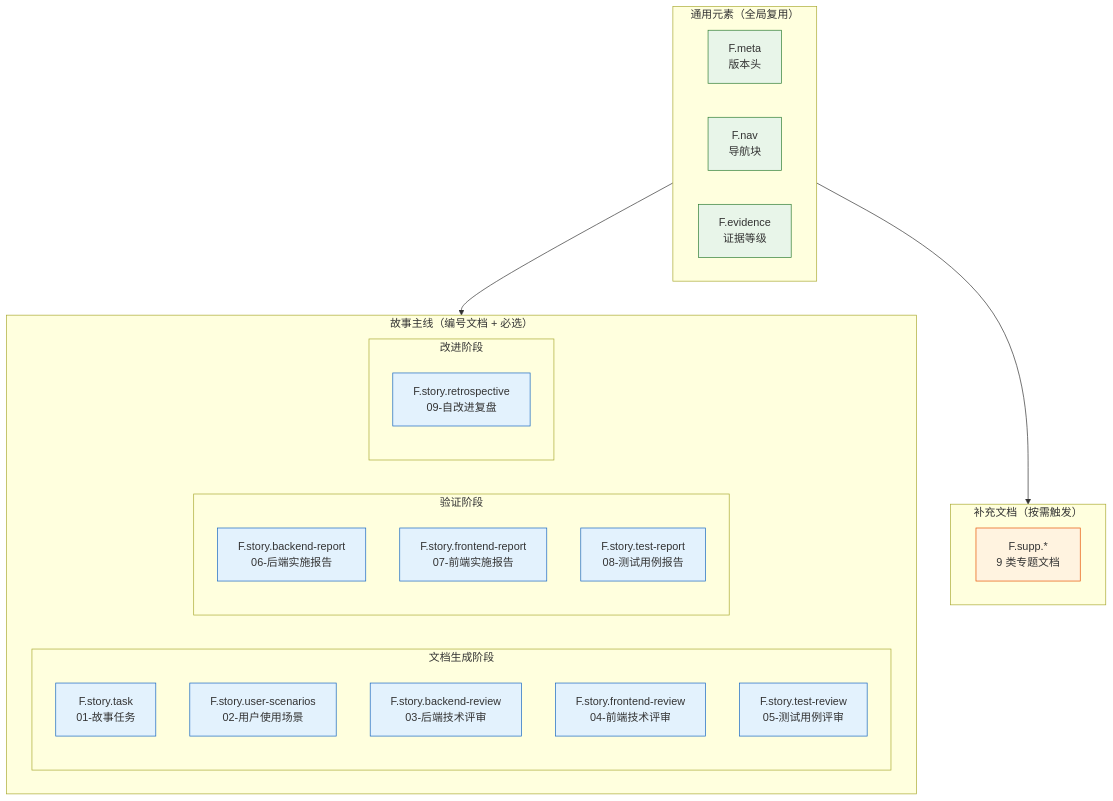
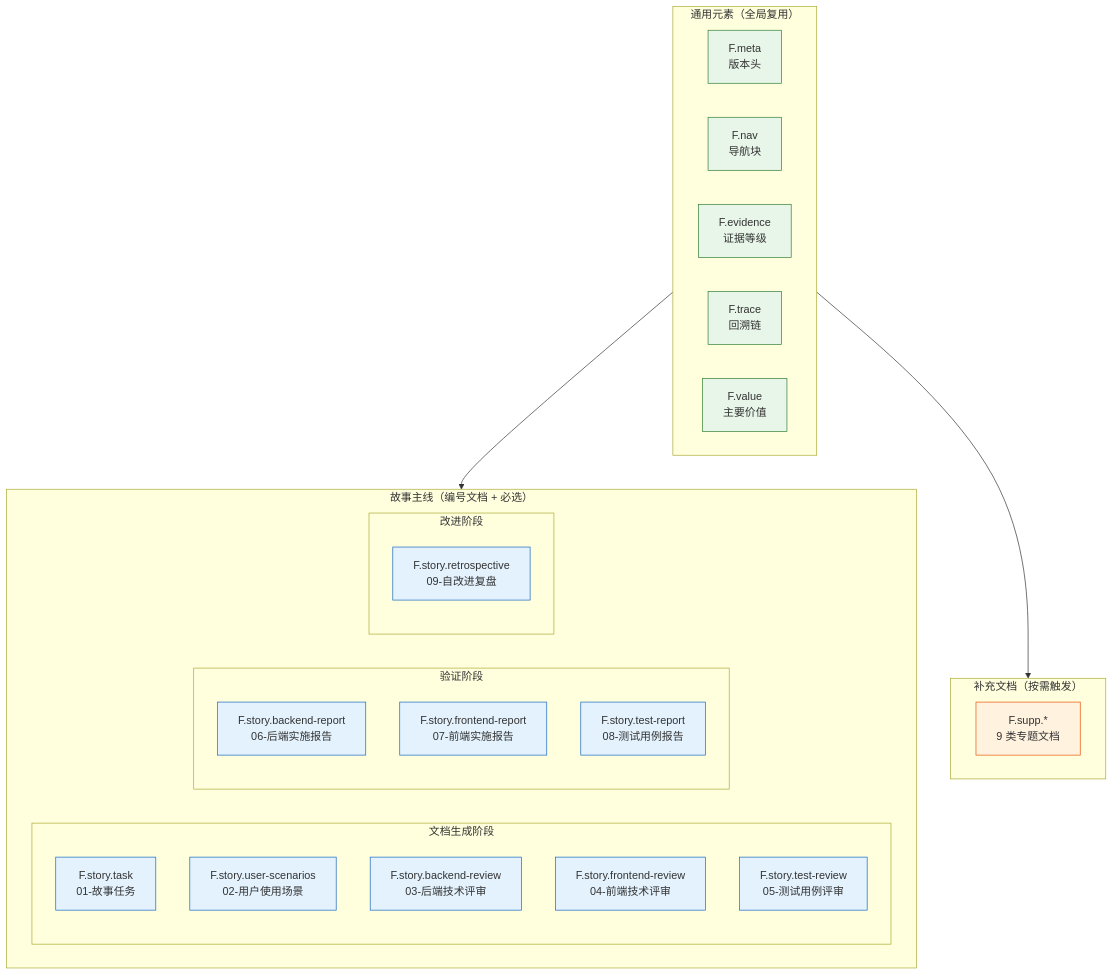
The first of 14 diagrams in skills/rui/formulas.md (effiy/YrY), drawn with Mermaid before and after one commit. The commit also changed other lines of this file and 2 other files, not shown here.

````diff
--- a/skills/rui/formulas.md
+++ b/skills/rui/formulas.md
@@ -5,40 +5,42 @@
 ```mermaid
 flowchart TB
     subgraph 通用["通用元素（全局复用）"]
         F.meta["F.meta<br/>版本头"]
         F.nav["F.nav<br/>导航块"]
         F.evidence["F.evidence<br/>证据等级"]
+        F.trace["F.trace<br/>回溯链"]
+        F.value["F.value<br/>主要价值"]
     end
 
     subgraph 主线["故事主线（编号文档 + 必选）"]
         subgraph 生成["文档生成阶段"]
             F01["F.story.task<br/>01-故事任务"]
             F02["F.story.user-scenarios<br/>02-用户使用场景"]
             F03["F.story.backend-review<br/>03-后端技术评审"]
             F04["F.story.frontend-review<br/>04-前端技术评审"]
             F05["F.story.test-review<br/>05-测试用例评审"]
         end
         subgraph 验证["验证阶段"]
             F06["F.story.backend-report<br/>06-后端实施报告"]
             F07["F.story.frontend-report<br/>07-前端实施报告"]
             F08["F.story.test-report<br/>08-测试用例报告"]
         end
         subgraph 改进["改进阶段"]
             F09["F.story.retrospective<br/>09-自改进复盘"]
         end
     end
 
     subgraph 补充["补充文档（按需触发）"]
         FS["F.supp.*<br/>9 类专题文档"]
     end
 
     通用 --> 主线
     通用 --> 补充
 
     classDef gen fill:#e8f5e9,stroke:#2e7d32;
     classDef story fill:#e3f2fd,stroke:#1565c0;
     classDef supp fill:#fff3e0,stroke:#e65100;
-    class F.meta,F.nav,F.evidence gen;
+    class F.meta,F.nav,F.evidence,F.trace,F.value gen;
     class F01,F02,F03,F04,F05,F06,F07,F08,F09 story;
     class FS supp;
 ```
````
